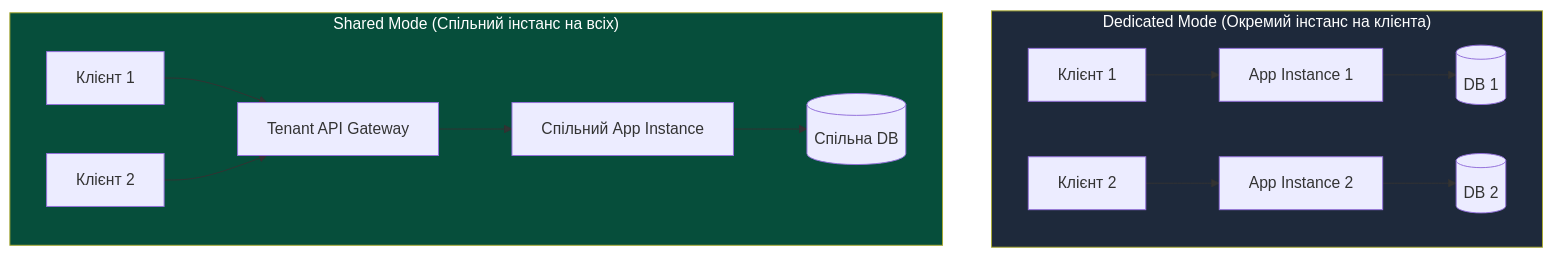
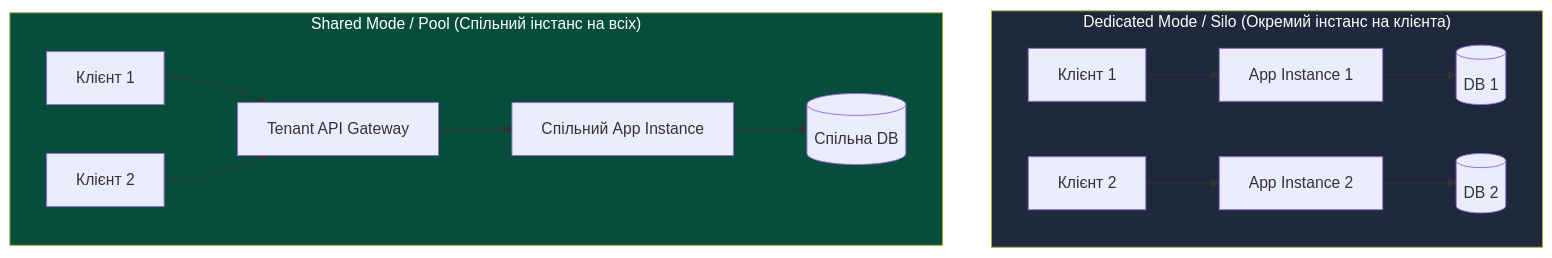
One commit to vplanto/cloud_grid changed the first of 3 diagrams in docs/04_multitenancy_noisy_neighbor.md. Above: the diagram before and after it, drawn with Mermaid. The commit also changed other lines of this file, not shown here.

````diff
--- a/docs/04_multitenancy_noisy_neighbor.md
+++ b/docs/04_multitenancy_noisy_neighbor.md
@@ -112,17 +136,17 @@
 ```mermaid
 flowchart TD
-    subgraph Dedicated ["Dedicated Mode (Окремий інстанс на клієнта)"]
+    subgraph Dedicated ["Dedicated Mode / Silo (Окремий інстанс на клієнта)"]
         T1["Клієнт 1"] --> APP1["App Instance 1"] --> DB1[(DB 1)]
         T2["Клієнт 2"] --> APP2["App Instance 2"] --> DB2[(DB 2)]
     end
 
-    subgraph Shared ["Shared Mode (Спільний інстанс на всіх)"]
+    subgraph Shared ["Shared Mode / Pool (Спільний інстанс на всіх)"]
         T3["Клієнт 1"] --> GW["Tenant API Gateway"]
         T4["Клієнт 2"] --> GW
         GW --> SAPP["Спільний App Instance"]
         SAPP --> SDB[(Спільна DB)]
     end
 
     style Dedicated fill:#1e293b,color:#fff
     style Shared fill:#064e3b,color:#fff
 ```
````
